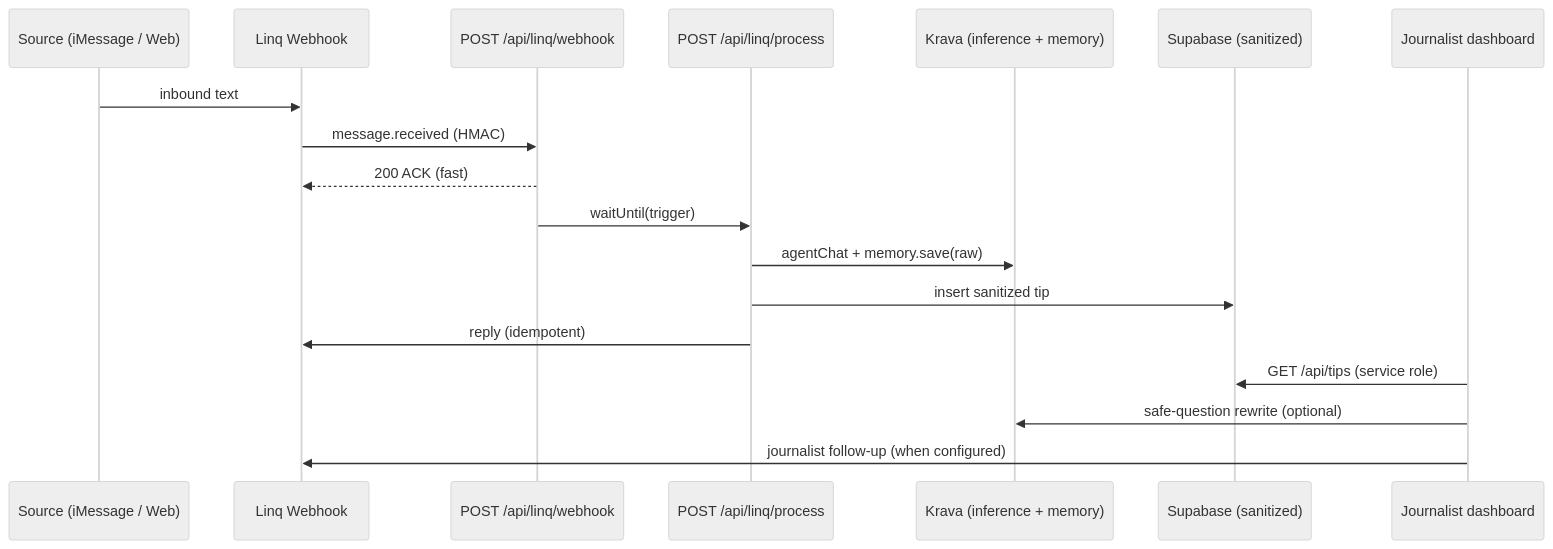
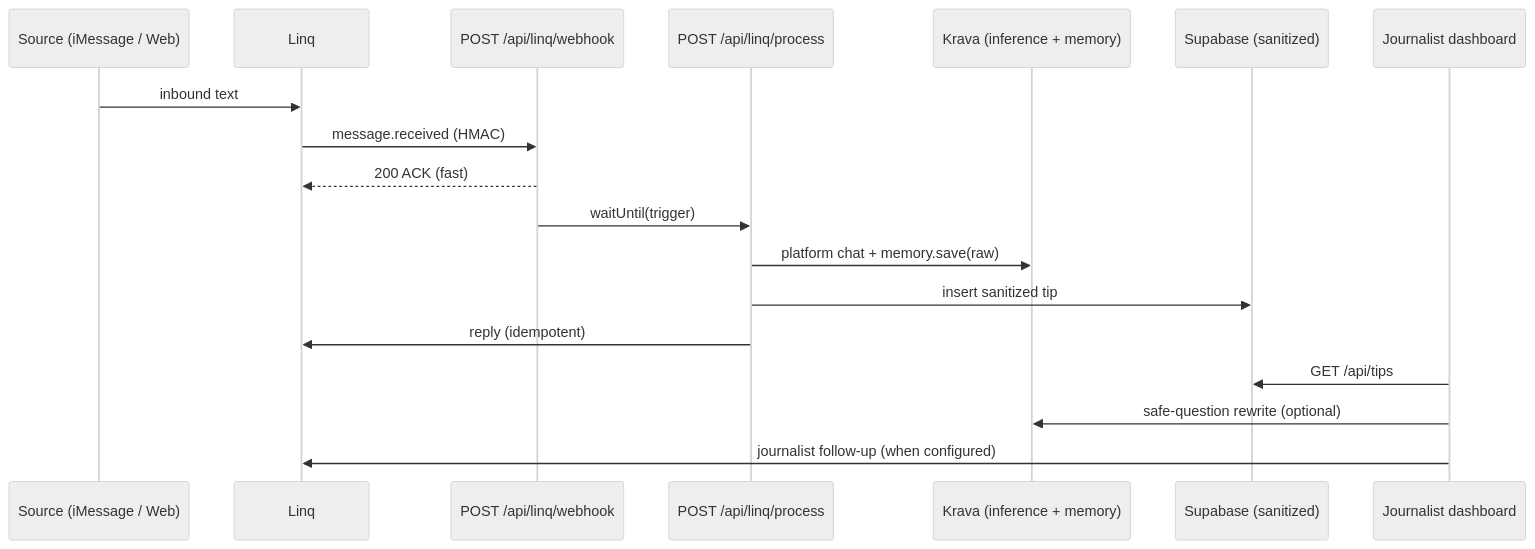
One commit to kathangabani-nyu/SourceShield changed the diagram in README.md. Above: the diagram before and after it, drawn with Mermaid (neutral theme). The commit also changed other lines of this file, not shown here.

First line of the commit message:
Expand README with workflow, Krava guarantees, and accurate API notes.

````diff
--- a/README.md
+++ b/README.md
@@ -44,21 +73,21 @@
 ```mermaid
 sequenceDiagram
   participant Source as Source (iMessage / Web)
-  participant Linq as Linq Webhook
+  participant Linq as Linq
   participant WH as POST /api/linq/webhook
   participant Worker as POST /api/linq/process
   participant Krava as Krava (inference + memory)
   participant DB as Supabase (sanitized)
   participant Dash as Journalist dashboard
 
   Source->>Linq: inbound text
   Linq->>WH: message.received (HMAC)
   WH-->>Linq: 200 ACK (fast)
   WH->>Worker: waitUntil(trigger)
-  Worker->>Krava: agentChat + memory.save(raw)
+  Worker->>Krava: platform chat + memory.save(raw)
   Worker->>DB: insert sanitized tip
   Worker->>Linq: reply (idempotent)
-  Dash->>DB: GET /api/tips (service role)
+  Dash->>DB: GET /api/tips
   Dash->>Krava: safe-question rewrite (optional)
   Dash->>Linq: journalist follow-up (when configured)
 ```
````
